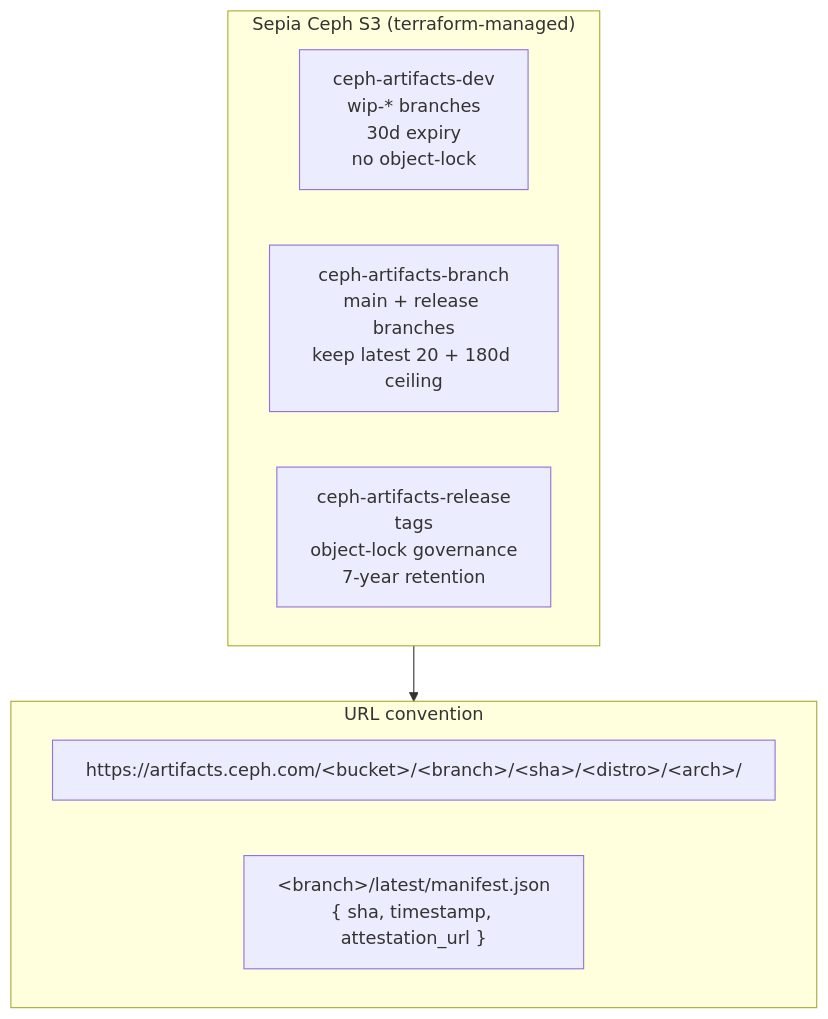
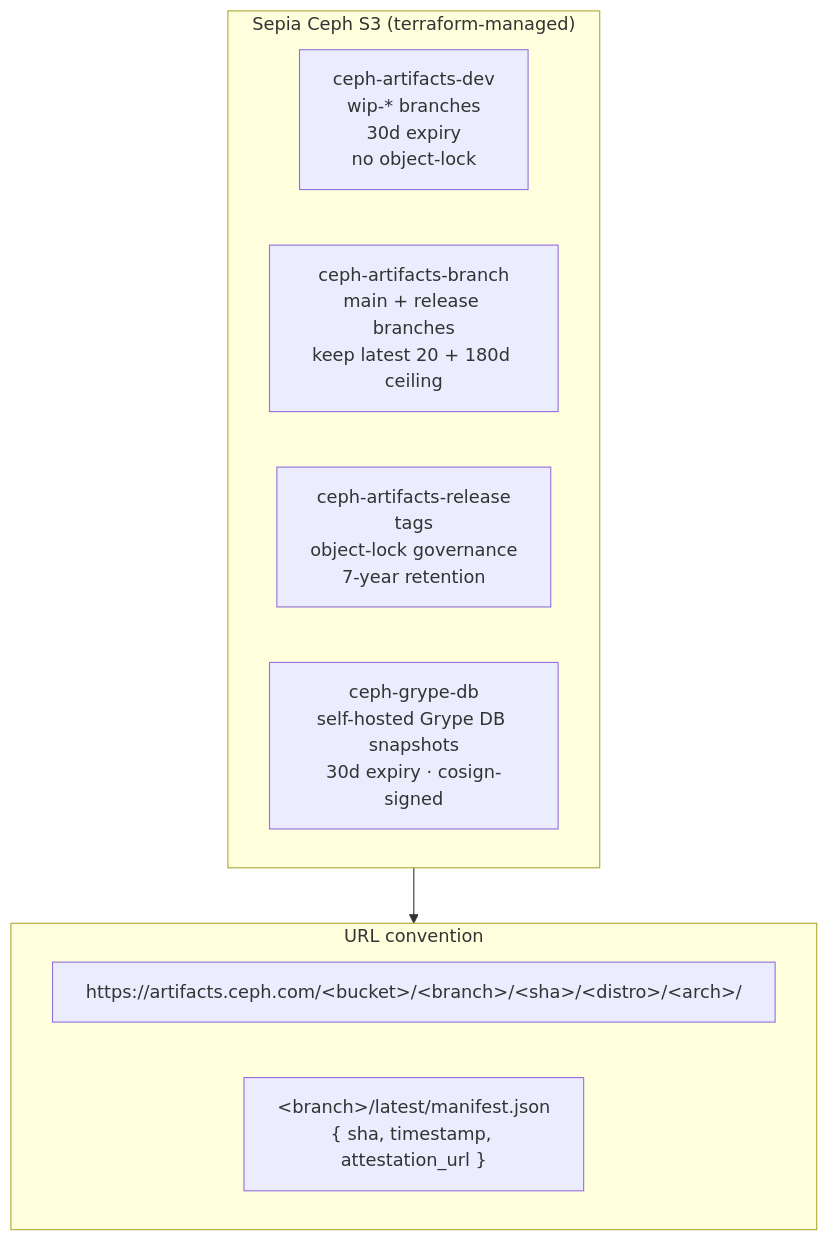
The sixth of 8 diagrams in docs/architecture.md (mmgaggle/ceph-tekton), drawn with Mermaid before and after one commit. The commit also changed other lines of this file and 9 other files, not shown here.

````diff
--- a/docs/architecture.md
+++ b/docs/architecture.md
@@ -248,15 +249,16 @@
 ```mermaid
 flowchart TB
   subgraph S3["Sepia Ceph S3 (terraform-managed)"]
     DEV[ceph-artifacts-dev<br/>wip-* branches<br/>30d expiry<br/>no object-lock]
     BR[ceph-artifacts-branch<br/>main + release branches<br/>keep latest 20 + 180d ceiling]
     REL[ceph-artifacts-release<br/>tags<br/>object-lock governance<br/>7-year retention]
+    GRYPEDB[ceph-grype-db<br/>self-hosted Grype DB snapshots<br/>30d expiry · cosign-signed]
   end
 
   subgraph URL["URL convention"]
     PATH["https://artifacts.ceph.com/&lt;bucket&gt;/&lt;branch&gt;/&lt;sha&gt;/&lt;distro&gt;/&lt;arch&gt;/"]
     LATEST["&lt;branch&gt;/latest/manifest.json<br/>{ sha, timestamp, attestation_url }"]
   end
 
   S3 --> URL
 ```
````
